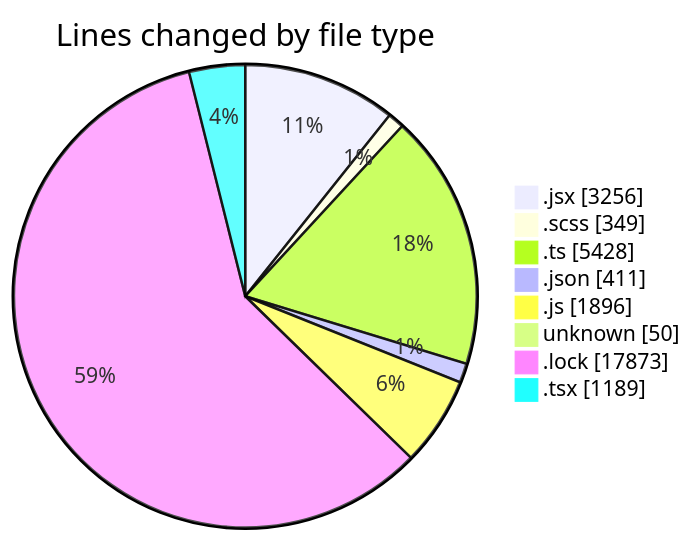
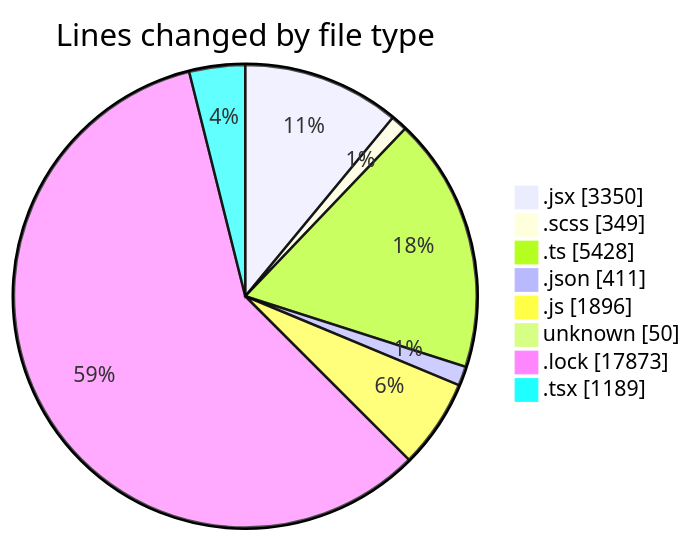
The first of 2 diagrams in 2026-09-01/cda/README.md (momahboobian/code-tracking), drawn with Mermaid before and after one commit. The commit also changed other lines of this file and 1 other file, not shown here.

````diff
--- a/2026-09-01/cda/README.md
+++ b/2026-09-01/cda/README.md
@@ -77,12 +78,12 @@
 ```mermaid
 pie showData
 title Lines changed by file type
-".jsx" : 3256
+".jsx" : 3350
 ".scss" : 349
 ".ts" : 5428
 ".json" : 411
 ".js" : 1896
 "unknown" : 50
 ".lock" : 17873
 ".tsx" : 1189
 ```
````
